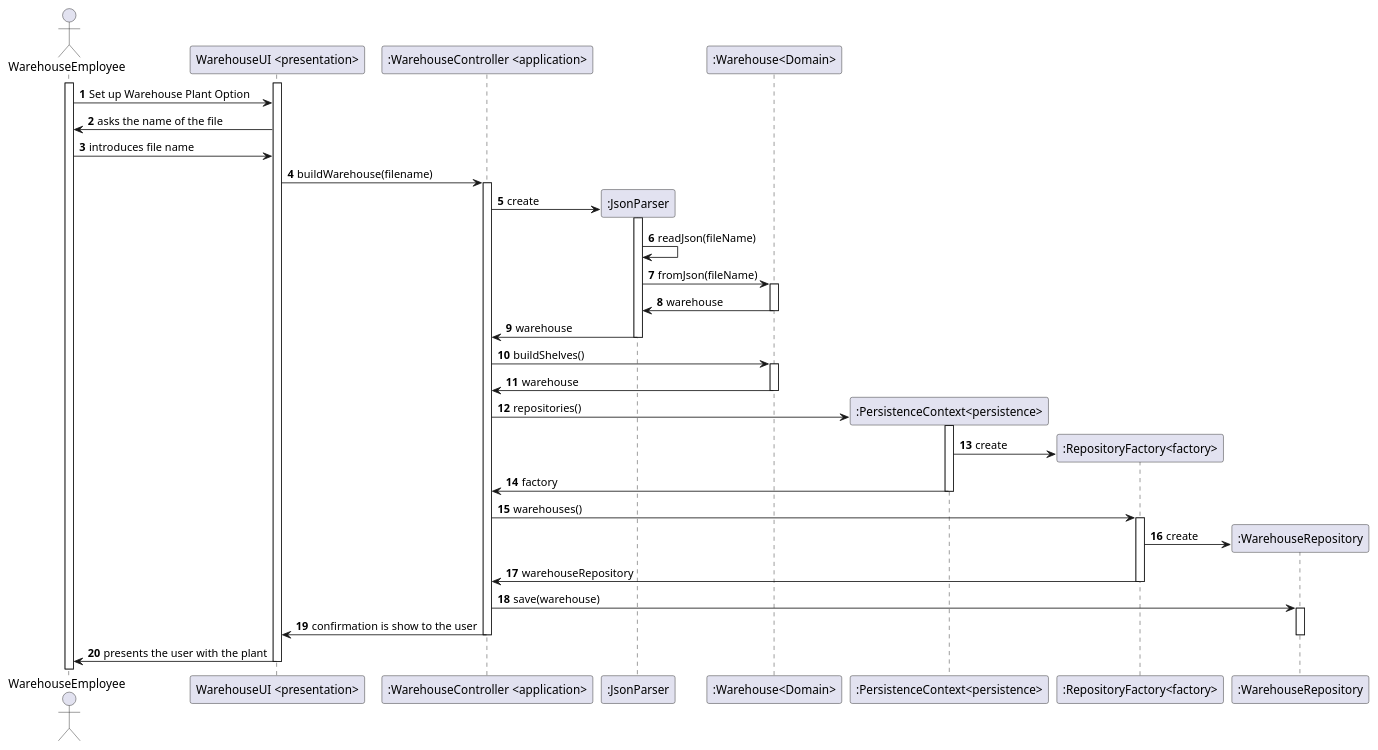
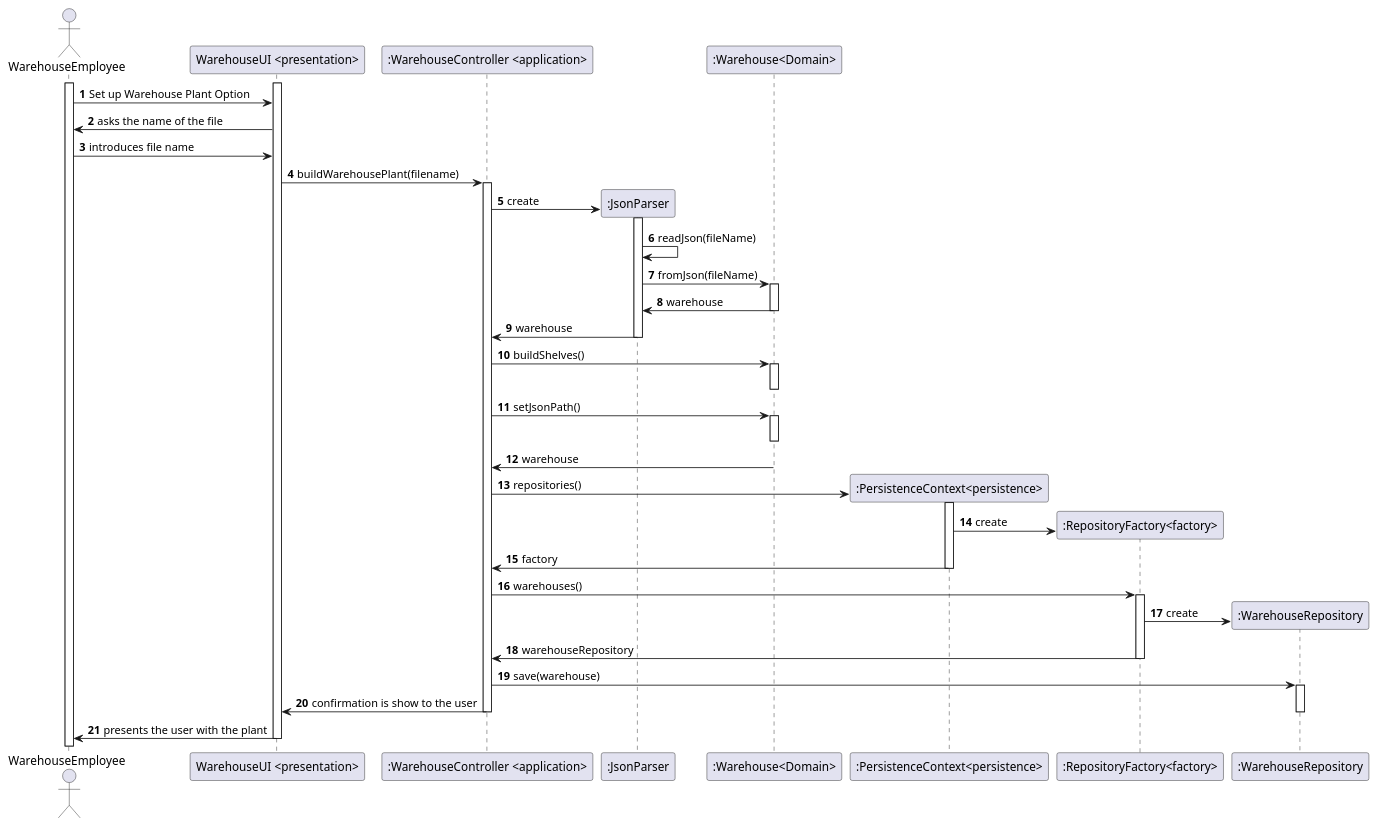
The diagram in docs/1201568/US2001/Diagramas/sd.puml (RuiRioPina/LAPR4-21-22), drawn with PlantUML before and after one commit. The commit also changed 5 other files, not shown here.

```diff
--- a/docs/1201568/US2001/Diagramas/sd.puml
+++ b/docs/1201568/US2001/Diagramas/sd.puml
@@ -1,73 +1,75 @@
 @startuml
 autonumber
 actor "WarehouseEmployee" as SC
 
 participant  "WarehouseUI <presentation>" as SYS
 participant ":WarehouseController <application>" as CTRL
 participant ":JsonParser" as CSB
 participant ":Warehouse<Domain>" as CUS
 participant ":PersistenceContext<persistence>" as PC
 participant ":RepositoryFactory<factory>" as RF
 participant ":WarehouseRepository" as CR
 
 
 
 
 activate SC
 activate SYS
 
 SC-> SYS: Set up Warehouse Plant Option
 
 SYS-> SC: asks the name of the file
 
 SC-> SYS: introduces file name
 
-SYS-> CTRL : buildWarehouse(filename)
+SYS-> CTRL : buildWarehousePlant(filename)
 
 activate CTRL
 CTRL-> CSB **: create
 
 activate CSB
 CSB-> CSB: readJson(fileName)
 
 CSB -> CUS : fromJson(fileName)
 activate CUS
 
 CUS -> CSB: warehouse
 deactivate CUS
 
 CSB -> CTRL: warehouse
 
 deactivate CSB
-deactivate CUS
 CTRL->CUS: buildShelves()
 activate CUS
-
+deactivate CUS
+CTRL->CUS: setJsonPath()
+activate CUS
+deactivate CUS
 CUS -> CTRL: warehouse
 deactivate CUS
 
 
 CTRL-> PC**: repositories()
 activate PC
 PC-> RF**: create
 PC-> CTRL: factory
 deactivate PC
 
 CTRL-> RF: warehouses()
 activate RF
 RF->CR**: create
 
 RF->CTRL: warehouseRepository
 deactivate RF
 CTRL->CR: save(warehouse)
 
 deactivate PC
 activate CR
 
 CTRL -> SYS: confirmation is show to the user
 deactivate CR
 deactivate CTRL
 
 SYS-> SC: presents the user with the plant
 deactivate SYS
 @enduml
```
